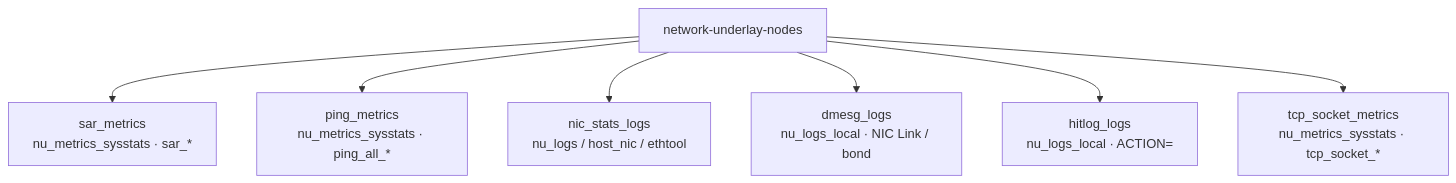
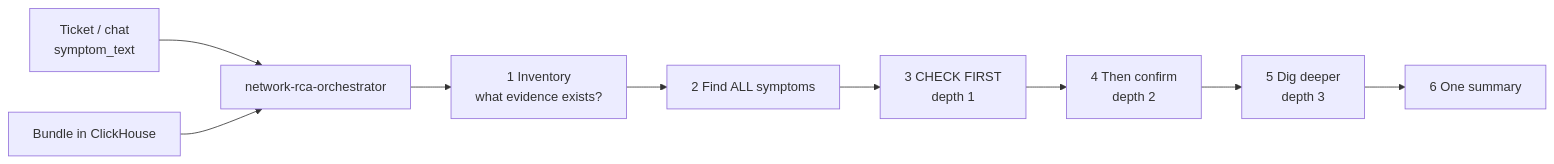
Before and after one commit to rakeshnutest/flow_pc_dump_for_neo4j: the first of 17 diagrams in GARUDA_DESIGN.md, drawn with Mermaid. The commit also changed other lines of this file, not shown here.

Commit message:
Update the Garuda design to the networking RCA flow.

````diff
--- a/GARUDA_DESIGN.md
+++ b/GARUDA_DESIGN.md
@@ -50,10 +20,11 @@
 ```mermaid
-flowchart TB
-  Nodes["network-underlay-nodes"]
-  Nodes --> sar["sar_metrics<br/>nu_metrics_sysstats · sar_*"]
-  Nodes --> ping["ping_metrics<br/>nu_metrics_sysstats · ping_all_*"]
-  Nodes --> nic["nic_stats_logs<br/>nu_logs / host_nic / ethtool"]
-  Nodes --> dmesg["dmesg_logs<br/>nu_logs_local · NIC Link / bond"]
-  Nodes --> hitlog["hitlog_logs<br/>nu_logs_local · ACTION="]
-  Nodes --> tcp["tcp_socket_metrics<br/>nu_metrics_sysstats · tcp_socket_*"]
+flowchart LR
+  Ticket["Ticket / chat<br/>symptom_text"] --> Master["network-rca-orchestrator"]
+  Bundle["Bundle in ClickHouse"] --> Master
+  Master --> Inv["1 Inventory<br/>what evidence exists?"]
+  Inv --> Sym["2 Find ALL symptoms"]
+  Sym --> CF["3 CHECK FIRST<br/>depth 1"]
+  CF --> TC["4 Then confirm<br/>depth 2"]
+  TC --> DD["5 Dig deeper<br/>depth 3"]
+  DD --> Sum["6 One summary"]
 ```
````
